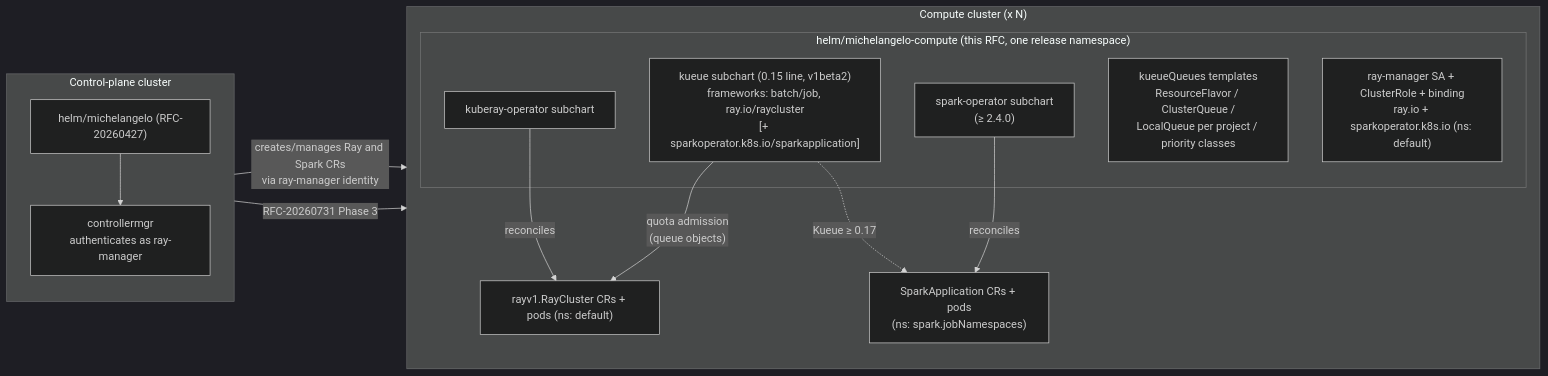
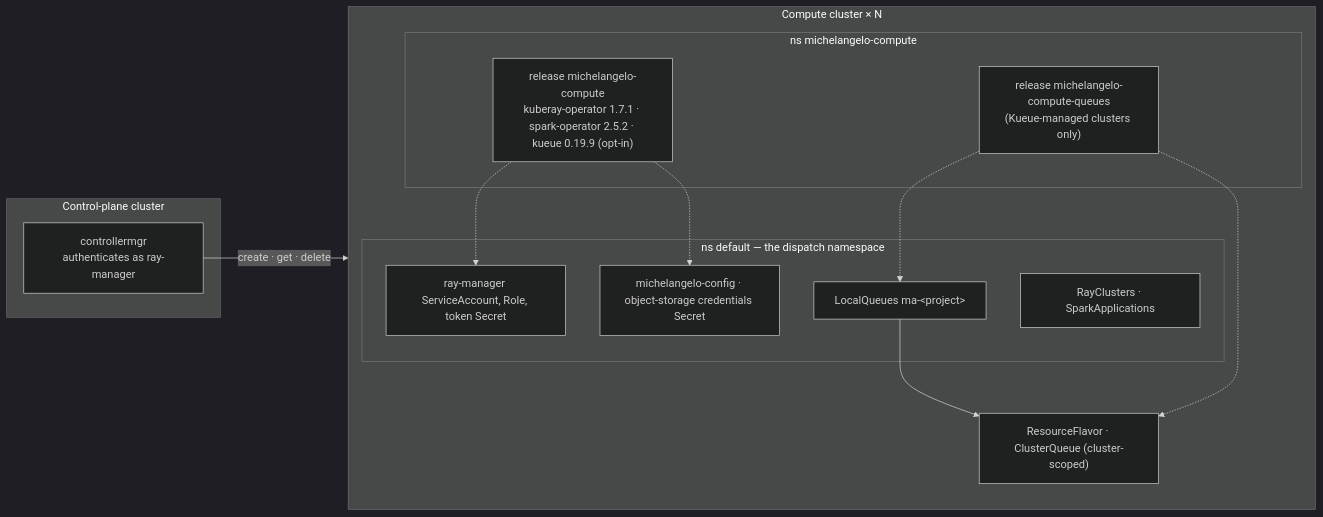
Before and after one commit to michelangelo-ai/enhancements: the diagram in rfcs/20260805-compute-cluster-helm-chart/20260805-compute-cluster-helm-chart.md, drawn with Mermaid (dark theme). The commit also changed other lines of this file, not shown here.

````diff
--- a/rfcs/20260805-compute-cluster-helm-chart/20260805-compute-cluster-helm-chart.md
+++ b/rfcs/20260805-compute-cluster-helm-chart/20260805-compute-cluster-helm-chart.md
@@ -56,29 +58,24 @@
 ```mermaid
 flowchart LR
     subgraph cp["Control-plane cluster"]
+        cm["controllermgr<br/>authenticates as ray-manager"]
+    end
+    subgraph cc["Compute cluster × N"]
         direction TB
-        cpchart["helm/michelangelo (RFC-20260427)"]
-        cm["controllermgr<br/>authenticates as ray-manager"]
-        cpchart --> cm
+        subgraph rel["ns michelangelo-compute"]
+            r1["release michelangelo-compute<br/>kuberay-operator 1.7.1 · spark-operator 2.5.2 · kueue 0.19.9 (opt-in)"]
+            r2["release michelangelo-compute-queues<br/>(Kueue-managed clusters only)"]
+        end
+        subgraph def["ns default — the dispatch namespace"]
+            id["ray-manager ServiceAccount, Role, token Secret"]
+            rt["michelangelo-config · object-storage credentials Secret"]
+            lq["LocalQueues ma-&lt;project&gt;"]
+            w["RayClusters · SparkApplications"]
+        end
+        cq["ResourceFlavor · ClusterQueue (cluster-scoped)"]
     end
-
-    subgraph cc["Compute cluster (x N)"]
-        direction TB
-        subgraph chart["helm/michelangelo-compute (this RFC, one release namespace)"]
-            kuberay["kuberay-operator subchart"]
-            spark["spark-operator subchart<br/>(≥ 2.4.0)"]
-            kueue["kueue subchart (0.15 line, v1beta2)<br/>frameworks: batch/job, ray.io/raycluster<br/>[+ sparkoperator.k8s.io/sparkapplication]"]
-            queues["kueueQueues templates<br/>ResourceFlavor / ClusterQueue /<br/>LocalQueue per project / priority classes"]
-            rbac["ray-manager SA + ClusterRole + binding<br/>ray.io + sparkoperator.k8s.io (ns: default)"]
-        end
-        rc["rayv1.RayCluster CRs + pods (ns: default)"]
-        sa["SparkApplication CRs + pods<br/>(ns: spark.jobNamespaces)"]
-    end
-
-    cm -->|"creates/manages Ray and Spark CRs<br/>via ray-manager identity"| rc
-    cm -->|"RFC-20260731 Phase 3"| sa
-    kueue -->|"quota admission<br/>(queue objects)"| rc
-    kueue -.->|"Kueue ≥ 0.17"| sa
-    kuberay -->|"reconciles"| rc
-    spark -->|"reconciles"| sa
+    cm -->|"create · get · delete"| w
+    r1 -.-> id & rt
+    r2 -.-> lq & cq
+    lq --> cq
 ```
````
